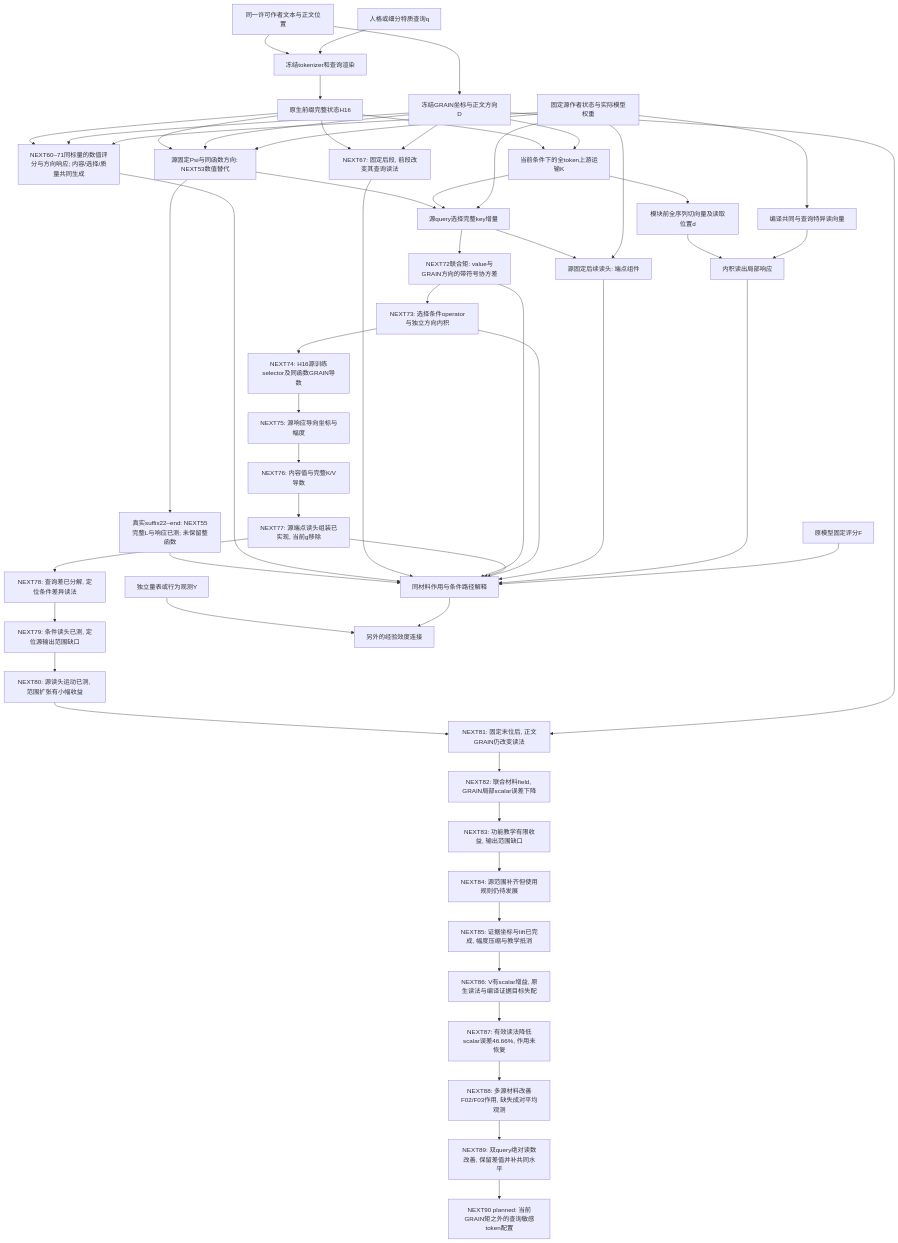
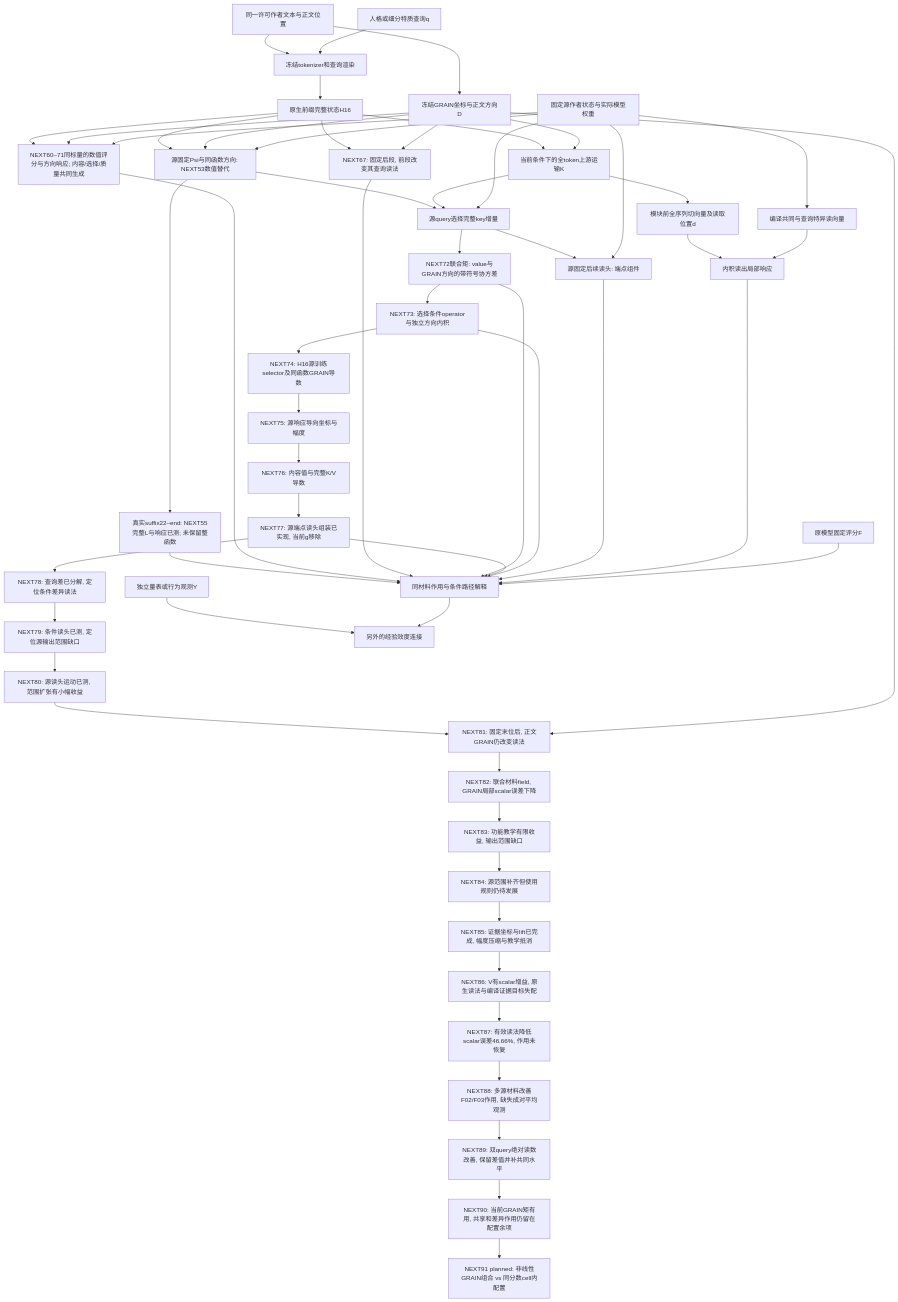
The diagram in docs/GRAIN_UPSTREAM_MECHANISM_INTEGRATION_V1.md (reiserhhh/GRAIN), drawn with Mermaid before and after one commit. The commit also changed other lines of this file and 16 other files, not shown here.

````diff
--- a/docs/GRAIN_UPSTREAM_MECHANISM_INTEGRATION_V1.md
+++ b/docs/GRAIN_UPSTREAM_MECHANISM_INTEGRATION_V1.md
@@ -8,58 +8,59 @@
 ```mermaid
 flowchart TD
   T[同一许可作者文本与正文位置] --> G[冻结GRAIN坐标与正文方向D]
   T --> R[冻结tokenizer和查询渲染]
   Q[人格或细分特质查询q] --> R
   R --> H[原生前缀完整状态H16]
   H --> K[当前条件下的全token上游运输K]
   H --> P[源固定Psi与同函数方向: NEXT53数值替代]
   G --> P
   S --> P
   P --> U
   P --> W[真实suffix22–end: NEXT55完整L与响应已测; 未保留整函数]
   W --> J
   H --> Z[NEXT60–71同标量的数值评分与方向响应; 内容/选择/质量共同生成]
   G --> Z
   S --> Z
   Z --> J
   H --> I[NEXT67: 固定后段, 前段改变其查询读法]
   G --> I
   I --> J
   G --> K
   K --> D[模块前全序列切向量及读取位置d]
   S[固定源作者状态与实际模型权重] --> V[编译共同与查询特异读向量]
   D --> A[内积读出局部响应]
   V --> A
   K --> U[源query选择完整key增量]
   S --> U
   U --> M[NEXT72联合矩: value与GRAIN方向的带符号协方差]
   M --> J
   M --> O[NEXT73: 选择条件operator与独立方向内积]
   O --> P74[NEXT74: H16源训练selector及同函数GRAIN导数]
   P74 --> P75[NEXT75: 源响应导向坐标与幅度]
   P75 --> P76[NEXT76: 内容值与完整K/V导数]
   P76 --> P77[NEXT77: 源端点读头组装已实现, 当前g移除]
   P77 --> J
   P77 --> P78[NEXT78: 查询差已分解, 定位条件差异读法]
   P78 --> P79[NEXT79: 条件读头已测, 定位源输出范围缺口]
   P79 --> P80[NEXT80: 源读头运动已测, 范围扩张有小幅收益]
   P80 --> P81[NEXT81: 固定末位后, 正文GRAIN仍改变读法]
   G --> P81
   P81 --> P82[NEXT82: 联合材料field, GRAIN局部scalar误差下降]
   P82 --> P83[NEXT83: 功能教学有限收益, 输出范围缺口]
   P83 --> P84[NEXT84: 源范围补齐但使用规则仍待发展]
   P84 --> P85[NEXT85: 证据坐标与lift已完成, 幅度压缩与教学抵消]
   P85 --> P86[NEXT86: V有scalar增益, 原生读法与编译证据目标失配]
   P86 --> P87[NEXT87: 有效读法降低scalar误差46.66%, 作用未恢复]
   P87 --> P88[NEXT88: 多源材料改善F02/F03作用, 缺失成对平均观测]
   P88 --> P89[NEXT89: 双query绝对读数改善, 保留差值并补共同水平]
-  P89 --> P90[NEXT90 planned: 当前GRAIN矩之外的查询敏感token配置]
+  P89 --> P90[NEXT90: 当前GRAIN矩有用, 共享和差异作用仍留在配置余项]
+  P90 --> P91[NEXT91 planned: 非线性GRAIN组合 vs 同分数cell内配置]
   O --> J
   U --> C[源固定后续读头: 端点组件]
   S --> C
   C --> J
   A --> J[同材料作用与条件路径解释]
   F[原模型固定评分F] --> J
   Y[独立量表或行为观测Y] --> E[另外的经验效度连接]
   J --> E
 ```
````
